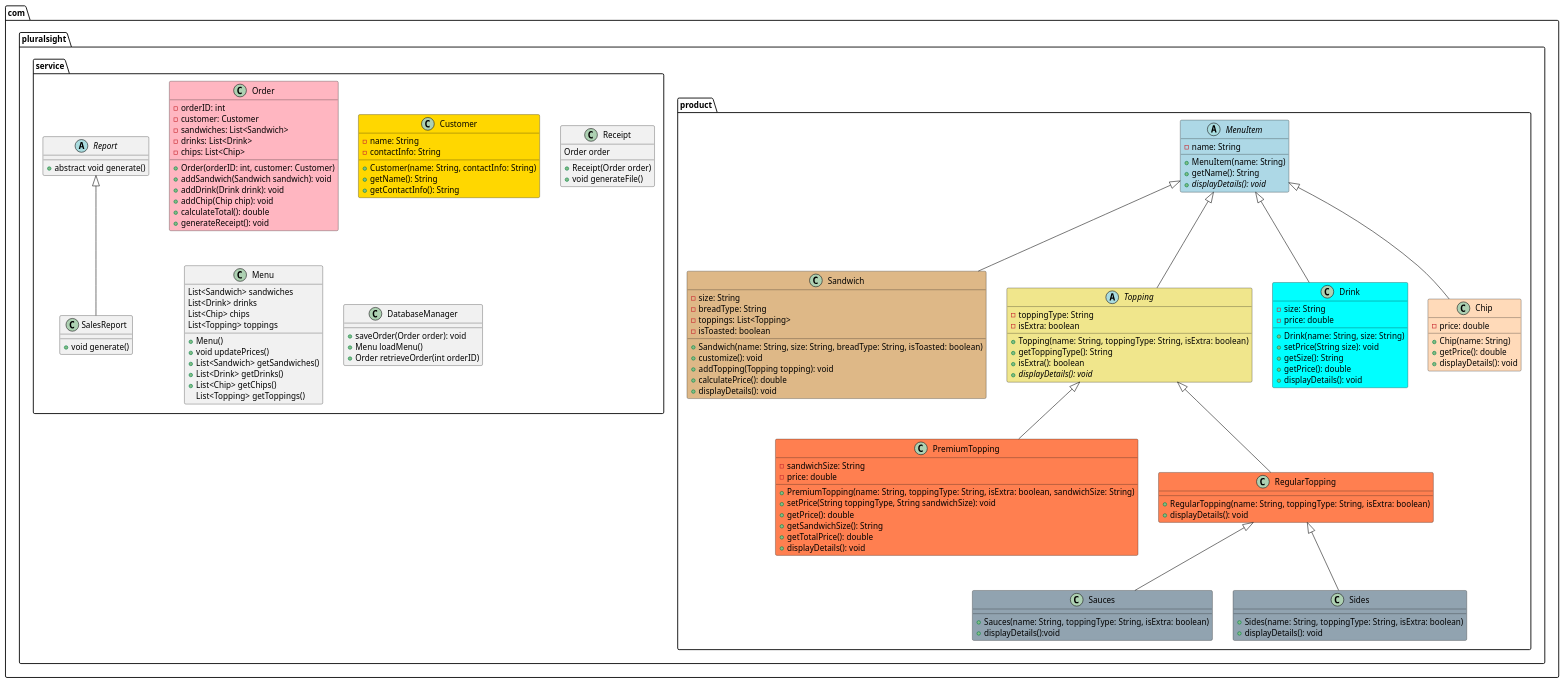
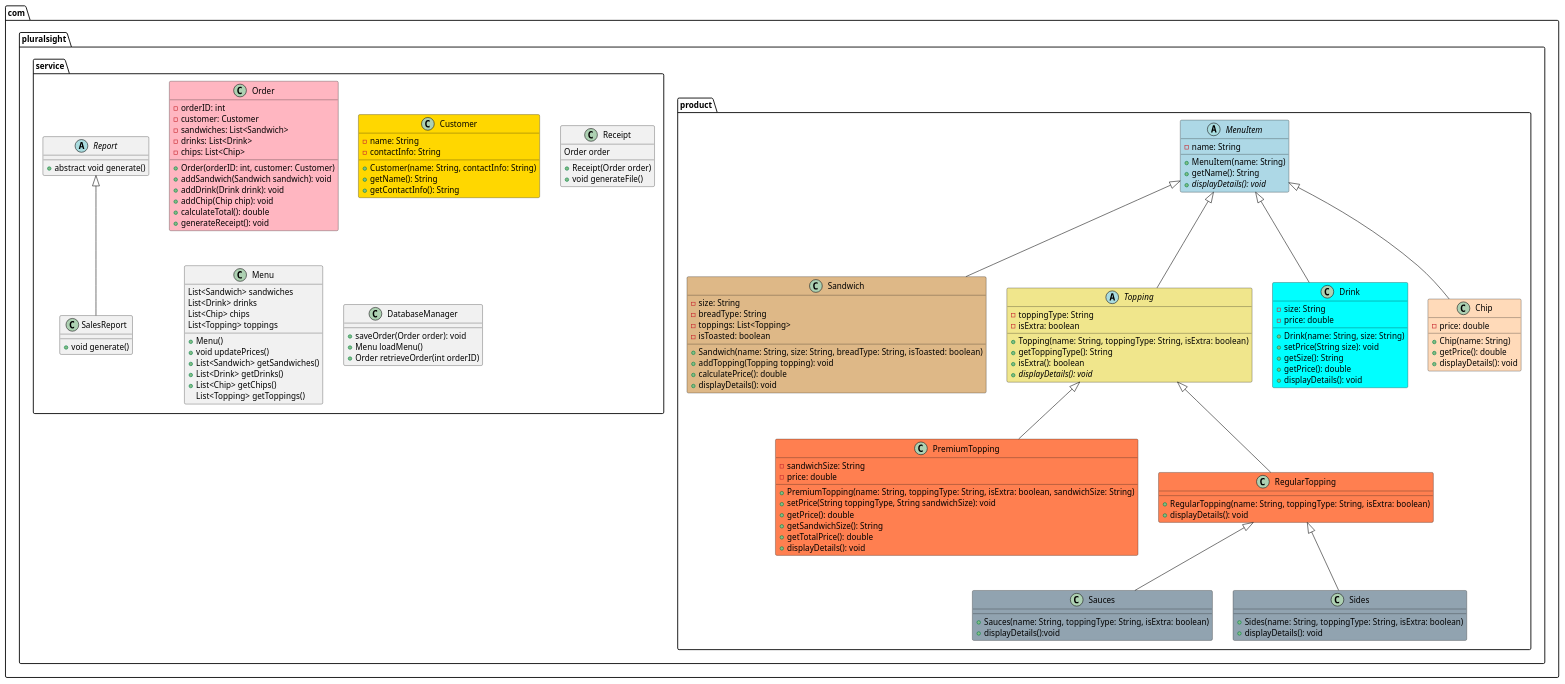
Before and after one commit to Ptunda/byyte-now: the diagram in src/main/java/com/pluralsight/byyte-now.puml, drawn with PlantUML. The commit also changed 2 other files, not shown here.

```diff
--- a/src/main/java/com/pluralsight/byyte-now.puml
+++ b/src/main/java/com/pluralsight/byyte-now.puml
@@ -1,157 +1,156 @@
 @startuml
 package com.pluralsight{
 
 package com.pluralsight.product{
 
 abstract class MenuItem #lightblue{
 -name: String
 
 +MenuItem(name: String)
 +getName(): String
 +{abstract} displayDetails(): void
 
 }
 
 class Sandwich #DEB887 extends MenuItem{
 -size: String
 -breadType: String
 -toppings: List<Topping>
 -isToasted: boolean
 
 +Sandwich(name: String, size: String, breadType: String, isToasted: boolean)
-+customize(): void
 +addTopping(Topping topping): void
 +calculatePrice(): double
 +displayDetails(): void
 }
 
 abstract class Topping #F0E68C extends MenuItem {
 -toppingType: String
 -isExtra: boolean
 +Topping(name: String, toppingType: String, isExtra: boolean)
 +getToppingType(): String
 +isExtra(): boolean
 +{abstract} displayDetails(): void
 }
 
 class Drink #00FFFF extends MenuItem {
 -size: String
 -price: double
 
 +Drink(name: String, size: String)
 +setPrice(String size): void
 +getSize(): String
 +getPrice(): double
 +displayDetails(): void
 }
 
 class Chip #FFDAB9 extends MenuItem {
 -price: double
 
 +Chip(name: String)
 +getPrice(): double
 +displayDetails(): void
 }
 
 
 class PremiumTopping #FF7F50 extends Topping {
 -sandwichSize: String
 -price: double
 +PremiumTopping(name: String, toppingType: String, isExtra: boolean, sandwichSize: String)
 +setPrice(String toppingType, String sandwichSize): void
 +getPrice(): double
 +getSandwichSize(): String
 +getTotalPrice(): double
 +displayDetails(): void
 }
 
 class RegularTopping #FF7F50 extends Topping {
 +RegularTopping(name: String, toppingType: String, isExtra: boolean)
 +displayDetails(): void
 }
 
 class Sauces #91A3B0 extends RegularTopping{
 
 +Sauces(name: String, toppingType: String, isExtra: boolean)
 +displayDetails():void
 
 }
 
 class Sides #91A3B0 extends RegularTopping{
 
 +Sides(name: String, toppingType: String, isExtra: boolean)
 +displayDetails(): void
 }
 
 
 }
 
 package com.pluralsight.service{
 
 class Order #FFB6C1 {
 -orderID: int
 -customer: Customer
 -sandwiches: List<Sandwich>
 -drinks: List<Drink>
 -chips: List<Chip>
 
 +Order(orderID: int, customer: Customer)
 +addSandwich(Sandwich sandwich): void
 +addDrink(Drink drink): void
 +addChip(Chip chip): void
 +calculateTotal(): double
 +generateReceipt(): void
 }
 
 class Customer #FFD700{
 -name: String
 -contactInfo: String
 
 +Customer(name: String, contactInfo: String)
 +getName(): String
 +getContactInfo(): String
 }
 
 abstract class Report {
 +abstract void generate()
 }
 
 
 class Receipt {
 Order order
 
 +Receipt(Order order)
 +void generateFile()
 }
 
 class SalesReport extends Report {
 +void generate()
 }
 
 class Menu {
 List<Sandwich> sandwiches
 List<Drink> drinks
 List<Chip> chips
 List<Topping> toppings
 
 + Menu()
 +void updatePrices()
 +List<Sandwich> getSandwiches()
 +List<Drink> getDrinks()
 +List<Chip> getChips()
 List<Topping> getToppings()
 }
 
 class DatabaseManager {
 +saveOrder(Order order): void
 +Menu loadMenu()
 +Order retrieveOrder(int orderID)
 }
 
 
 }
 
 }
 
 
 @enduml
```
